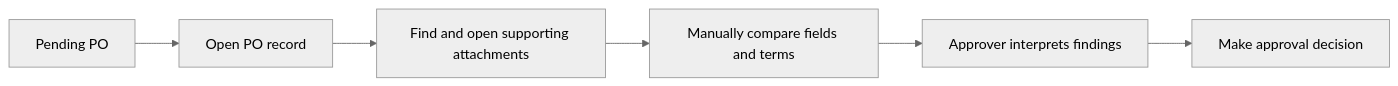
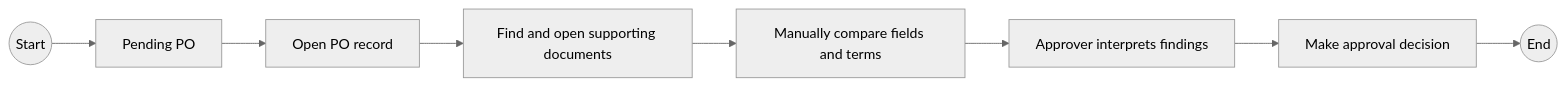
Before and after one commit to fangyiiwu/ai_assisted_procurement-_review_workflow: the first of 2 diagrams in README.md, drawn with Mermaid (neutral theme). The commit also changed other lines of this file, not shown here.

First line of the commit message:
doc: update readme with business as-is to-be flow chart for the flow

````diff
--- a/README.md
+++ b/README.md
@@ -24,8 +37,10 @@
 ```mermaid
 flowchart LR
-    A[Pending PO] --> B[Open PO record]
-    B --> C[Find and open supporting attachments]
+    S((Start)) --> A[Pending PO]
+    A --> B[Open PO record]
+    B --> C[Find and open supporting documents]
     C --> D[Manually compare fields and terms]
     D --> E[Approver interprets findings]
     E --> F[Make approval decision]
+    F --> Z((End))
 ```
````
